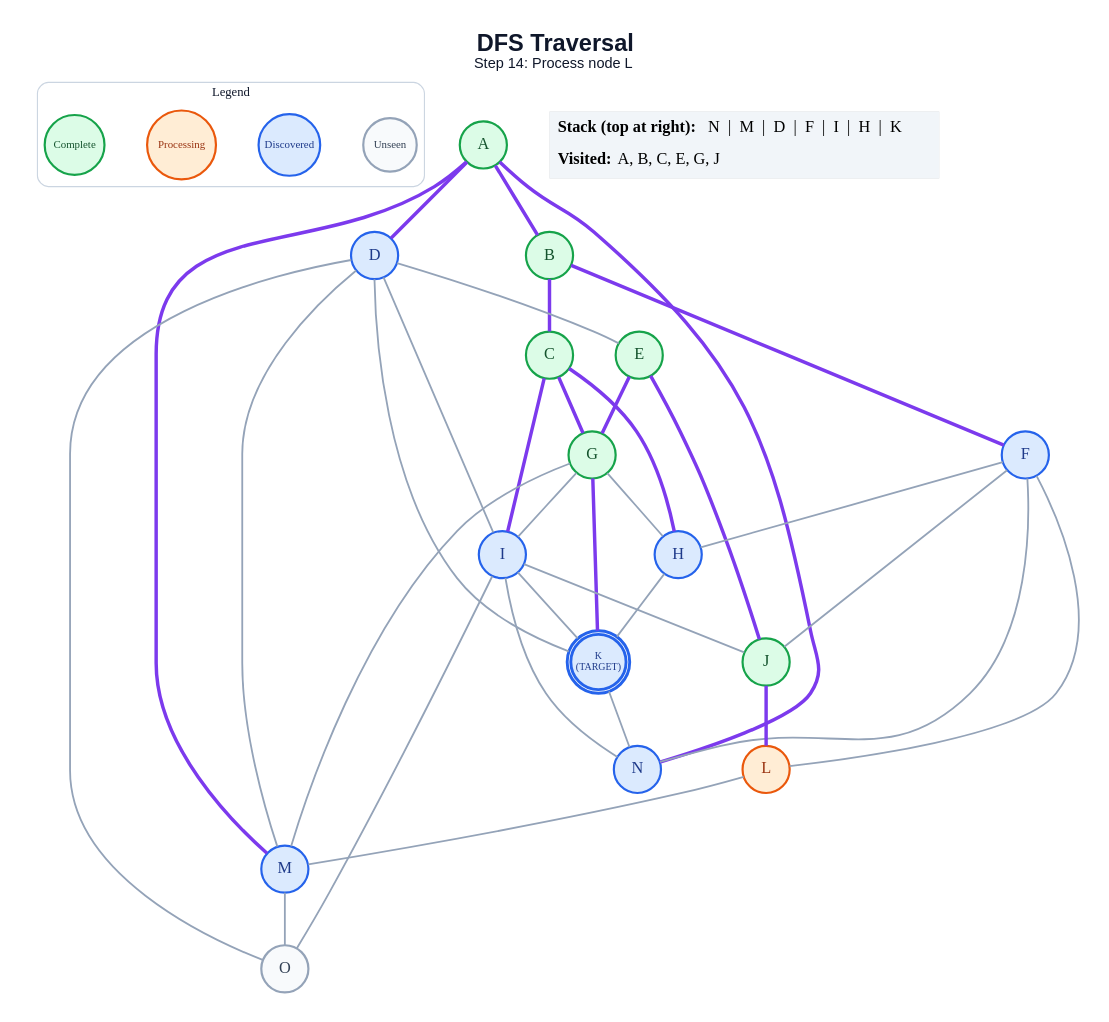
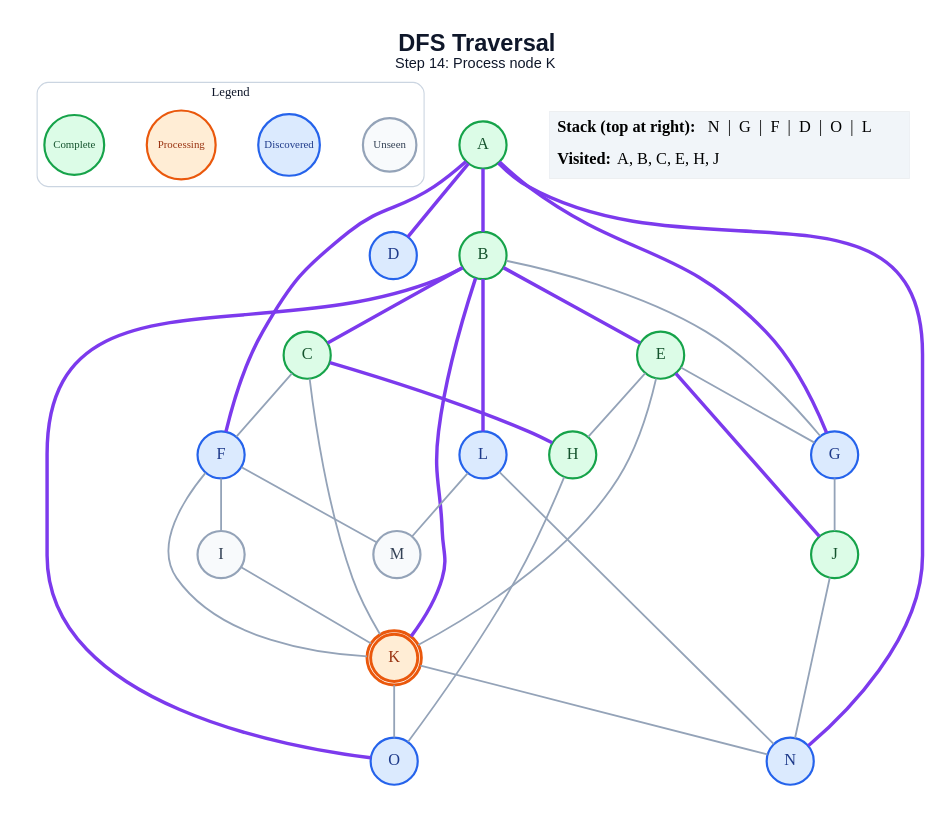
One commit to anon7238593-create/ai-slop changed the diagram in generated/dfs/step_14.dot. Above: the diagram before and after it, drawn with Graphviz. The commit also changed 213 other files, not shown here.

```diff
--- a/generated/dfs/step_14.dot
+++ b/generated/dfs/step_14.dot
@@ -1,67 +1,63 @@
 graph traversal {
   graph [layout=dot, rankdir=TB, bgcolor="#FFFFFF", pad="0.35", nodesep="0.65", ranksep="0.8", fontname="Arial"];
   node [shape=circle, style="filled", fontname="Arial Bold", fontsize=18, width=0.72, fixedsize=true, penwidth=2.4];
   edge [color="#94A3B8", penwidth=2.0];
-  label=<<B>DFS Traversal</B><BR/><FONT POINT-SIZE="16">Step 14: Process node L</FONT>>; labelloc="t"; fontsize=26; fontname="Arial"; fontcolor="#0F172A";
+  label=<<B>DFS Traversal</B><BR/><FONT POINT-SIZE="16">Step 14: Process node K</FONT>>; labelloc="t"; fontsize=26; fontname="Arial"; fontcolor="#0F172A";
   subgraph cluster_legend { label="Legend"; color="#CBD5E1"; penwidth=1.2; style="rounded"; fontsize=14; fontname="Arial Bold";
     key_unseen [label="Unseen", fillcolor="#F8FAFC", color="#94A3B8", fontcolor="#334155", fontsize=12, width=0.82];
     key_frontier [label="Discovered", fillcolor="#DBEAFE", color="#2563EB", fontcolor="#1E3A8A", fontsize=12, width=0.95];
     key_current [label="Processing", fillcolor="#FFEDD5", color="#EA580C", fontcolor="#9A3412", fontsize=12, width=1.05];
     key_done [label="Complete", fillcolor="#DCFCE7", color="#16A34A", fontcolor="#14532D", fontsize=12, width=0.92];
     { rank=same; key_unseen; key_frontier; key_current; key_done; }
   }
   A [label="A", fillcolor="#DCFCE7", color="#16A34A", fontcolor="#14532D", peripheries=1, penwidth=2.4];
   B [label="B", fillcolor="#DCFCE7", color="#16A34A", fontcolor="#14532D", peripheries=1, penwidth=2.4];
   C [label="C", fillcolor="#DCFCE7", color="#16A34A", fontcolor="#14532D", peripheries=1, penwidth=2.4];
   D [label="D", fillcolor="#DBEAFE", color="#2563EB", fontcolor="#1E3A8A", peripheries=1, penwidth=2.4];
   E [label="E", fillcolor="#DCFCE7", color="#16A34A", fontcolor="#14532D", peripheries=1, penwidth=2.4];
   F [label="F", fillcolor="#DBEAFE", color="#2563EB", fontcolor="#1E3A8A", peripheries=1, penwidth=2.4];
-  G [label="G", fillcolor="#DCFCE7", color="#16A34A", fontcolor="#14532D", peripheries=1, penwidth=2.4];
-  H [label="H", fillcolor="#DBEAFE", color="#2563EB", fontcolor="#1E3A8A", peripheries=1, penwidth=2.4];
-  I [label="I", fillcolor="#DBEAFE", color="#2563EB", fontcolor="#1E3A8A", peripheries=1, penwidth=2.4];
+  G [label="G", fillcolor="#DBEAFE", color="#2563EB", fontcolor="#1E3A8A", peripheries=1, penwidth=2.4];
+  H [label="H", fillcolor="#DCFCE7", color="#16A34A", fontcolor="#14532D", peripheries=1, penwidth=2.4];
+  I [label="I", fillcolor="#F8FAFC", color="#94A3B8", fontcolor="#334155", peripheries=1, penwidth=2.4];
   J [label="J", fillcolor="#DCFCE7", color="#16A34A", fontcolor="#14532D", peripheries=1, penwidth=2.4];
-  K [label="K\n(TARGET)", fillcolor="#DBEAFE", color="#2563EB", fontcolor="#1E3A8A", peripheries=2, penwidth=3.2, fontsize=11, width=0.85, height=0.85];
-  L [label="L", fillcolor="#FFEDD5", color="#EA580C", fontcolor="#9A3412", peripheries=1, penwidth=2.4];
-  M [label="M", fillcolor="#DBEAFE", color="#2563EB", fontcolor="#1E3A8A", peripheries=1, penwidth=2.4];
+  K [label="K", fillcolor="#FFEDD5", color="#EA580C", fontcolor="#9A3412", peripheries=2, penwidth=3.2];
+  L [label="L", fillcolor="#DBEAFE", color="#2563EB", fontcolor="#1E3A8A", peripheries=1, penwidth=2.4];
+  M [label="M", fillcolor="#F8FAFC", color="#94A3B8", fontcolor="#334155", peripheries=1, penwidth=2.4];
   N [label="N", fillcolor="#DBEAFE", color="#2563EB", fontcolor="#1E3A8A", peripheries=1, penwidth=2.4];
-  O [label="O", fillcolor="#F8FAFC", color="#94A3B8", fontcolor="#334155", peripheries=1, penwidth=2.4];
+  O [label="O", fillcolor="#DBEAFE", color="#2563EB", fontcolor="#1E3A8A", peripheries=1, penwidth=2.4];
   A -- B [color="#7C3AED", penwidth=3.8];
   A -- D [color="#7C3AED", penwidth=3.8];
-  A -- M [color="#7C3AED", penwidth=3.8];
+  A -- F [color="#7C3AED", penwidth=3.8];
+  A -- G [color="#7C3AED", penwidth=3.8];
   A -- N [color="#7C3AED", penwidth=3.8];
   B -- C [color="#7C3AED", penwidth=3.8];
-  B -- F [color="#7C3AED", penwidth=3.8];
-  C -- G [color="#7C3AED", penwidth=3.8];
+  B -- E [color="#7C3AED", penwidth=3.8];
+  B -- G;
+  B -- K [color="#7C3AED", penwidth=3.8];
+  B -- L [color="#7C3AED", penwidth=3.8];
+  B -- O [color="#7C3AED", penwidth=3.8];
+  C -- F;
   C -- H [color="#7C3AED", penwidth=3.8];
-  C -- I [color="#7C3AED", penwidth=3.8];
-  D -- E;
-  D -- I;
-  D -- K;
-  D -- M;
-  D -- O;
-  E -- G [color="#7C3AED", penwidth=3.8];
+  C -- K;
+  E -- G;
+  E -- H;
   E -- J [color="#7C3AED", penwidth=3.8];
-  F -- H;
-  F -- J;
-  F -- L;
-  F -- N;
-  G -- H;
-  G -- I;
-  G -- K [color="#7C3AED", penwidth=3.8];
-  G -- M;
-  H -- K;
-  I -- J;
+  E -- K;
+  F -- I;
+  F -- K;
+  F -- M;
+  G -- J;
+  H -- O;
   I -- K;
-  I -- N;
-  I -- O;
-  J -- L [color="#7C3AED", penwidth=3.8];
+  J -- N;
   K -- N;
+  K -- O;
   L -- M;
-  M -- O;
+  L -- N;
   status [shape=plain, fixedsize=false, width=0, height=0, margin=0, label=<
     <TABLE BORDER="0" CELLBORDER="0" CELLPADDING="7" BGCOLOR="#F1F5F9">
-      <TR><TD ALIGN="LEFT"><B>Stack (top at right):</B> N  |  M  |  D  |  F  |  I  |  H  |  K</TD></TR>
-      <TR><TD ALIGN="LEFT"><B>Visited:</B> A, B, C, E, G, J</TD></TR>
+      <TR><TD ALIGN="LEFT"><B>Stack (top at right):</B> N  |  G  |  F  |  D  |  O  |  L</TD></TR>
+      <TR><TD ALIGN="LEFT"><B>Visited:</B> A, B, C, E, H, J</TD></TR>
     </TABLE>
   >];
 }
```
